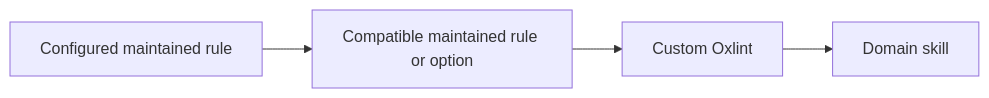
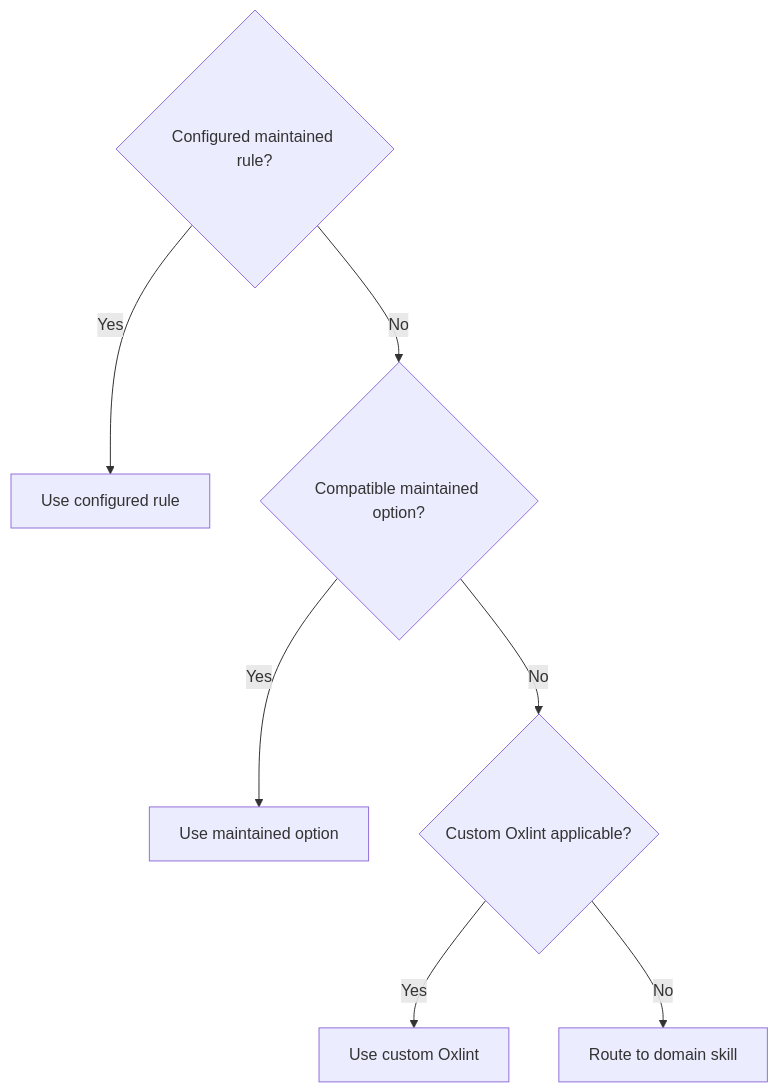
Before and after one commit to MP281X/ai-toolkit: the diagram in .agents/skills/agent-workflow-engineering/references/enforcement.md, drawn with Mermaid. The commit also changed other lines of this file and 56 other files, not shown here.

````diff
--- a/.agents/skills/agent-workflow-engineering/references/enforcement.md
+++ b/.agents/skills/agent-workflow-engineering/references/enforcement.md
@@ -18,6 +18,9 @@
 ```mermaid
-flowchart LR
-    C[Configured maintained rule] --> M[Compatible maintained rule or option]
-    M --> O[Custom Oxlint]
-    O --> S[Domain skill]
+flowchart TD
+	S{Configured maintained rule?} -->|Yes| C[Use configured rule]
+	S -->|No| O{Compatible maintained option?}
+	O -->|Yes| M[Use maintained option]
+	O -->|No| X{Custom Oxlint applicable?}
+	X -->|Yes| L[Use custom Oxlint]
+	X -->|No| D[Route to domain skill]
 ```
````
